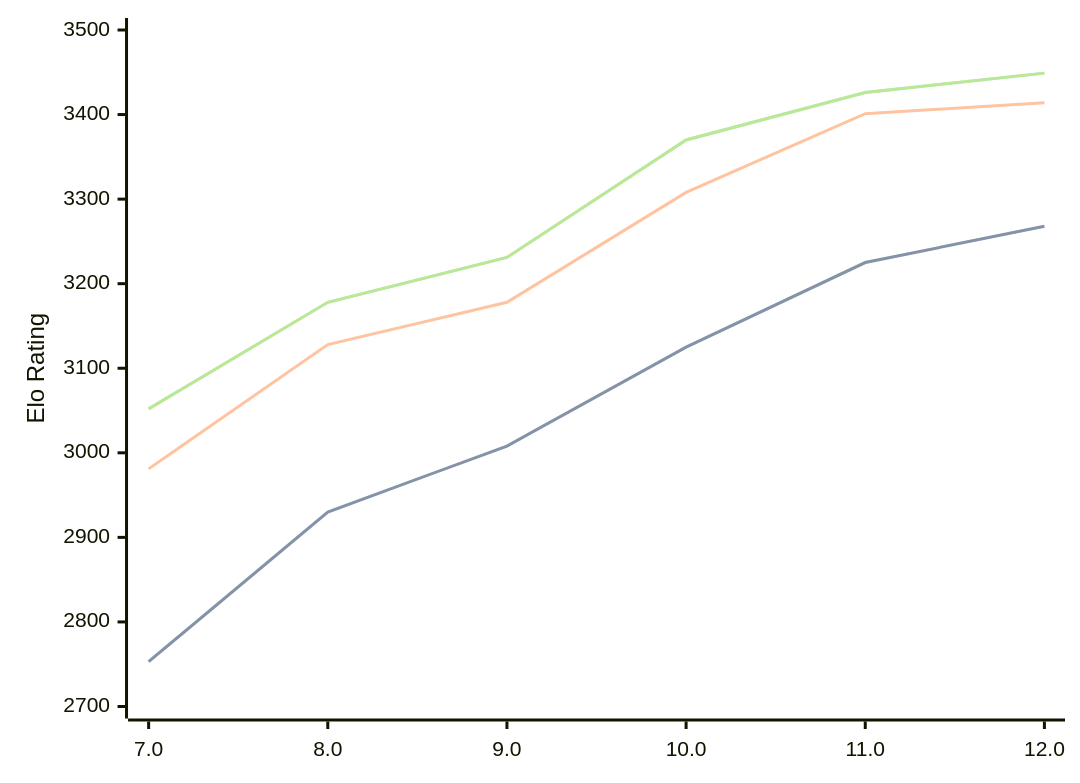
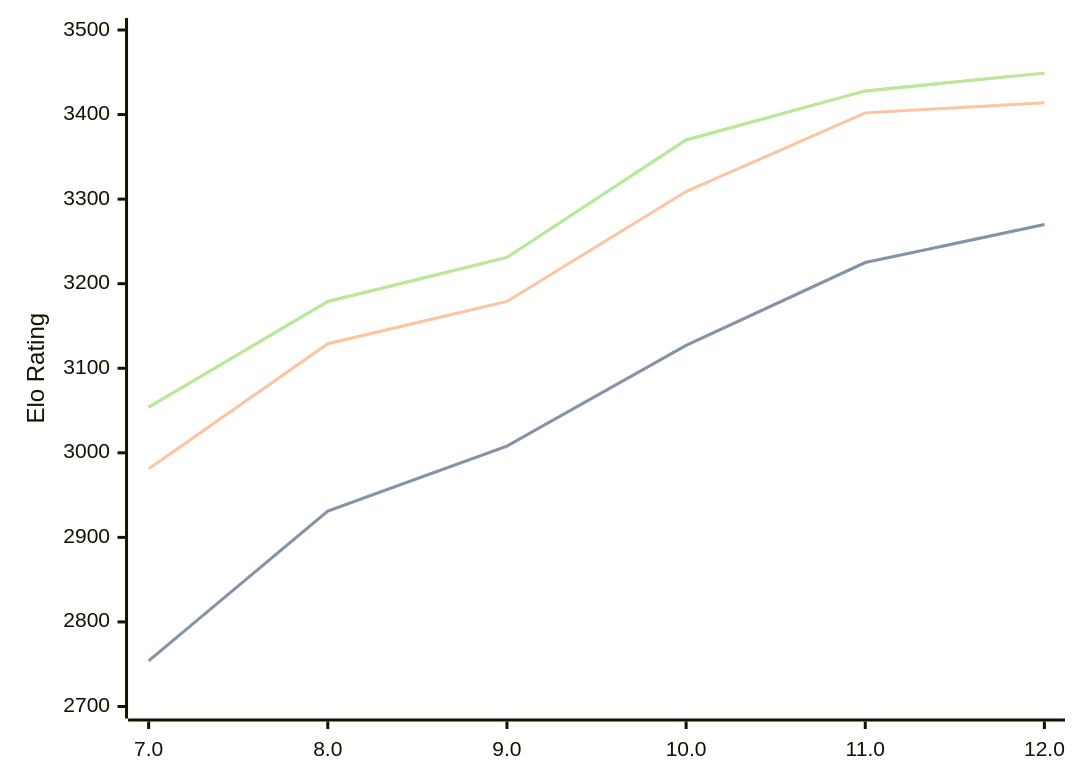
Before and after one commit to computer-chess-index/cci: the first of 3 diagrams in engines/Tcheran.md, drawn with Mermaid. The commit also changed other lines of this file, not shown here.

Commit message:
Update CCI Ratings (ELO VLTC) - 2026-06-22

````diff
--- a/engines/Tcheran.md
+++ b/engines/Tcheran.md
@@ -50,11 +50,11 @@
 ```mermaid
 %%{init: {"theme":"base","themeVariables":{"seriesColors:['#a3a3a3','#222221','#faa371']}}}%%
 xychart-beta
   x-axis ["7.0", "8.0", "9.0", "10.0", "11.0", "12.0"]
   y-axis "Elo Rating" 2700 --> 3500
-  line "STC (8.0+0.08s)" [2753, 2930, 3008, 3125, 3225, 3268]
-  line "STC (8.0+0.08s)" [2753, 2930, 3008, 3125, 3225, 3268]
-  line "LTC (60.0+0.60s)" [2981, 3128, 3178, 3308, 3401, 3414]
-  line "VLTC (2m24s+1.12s)" [3052, 3178, 3231, 3370, 3426, 3449]
-  line "VLTC (2m24s+1.12s)" [3052, 3178, 3231, 3370, 3426, 3449]
+  line "STC (8.0+0.08s)" [2754, 2931, 3008, 3127, 3225, 3270]
+  line "STC (8.0+0.08s)" [2754, 2931, 3008, 3127, 3225, 3270]
+  line "LTC (60.0+0.60s)" [2981, 3129, 3179, 3309, 3402, 3414]
+  line "VLTC (2m24s+1.12s)" [3054, 3179, 3231, 3370, 3428, 3449]
+  line "VLTC (2m24s+1.12s)" [3054, 3179, 3231, 3370, 3428, 3449]
 ```
````
